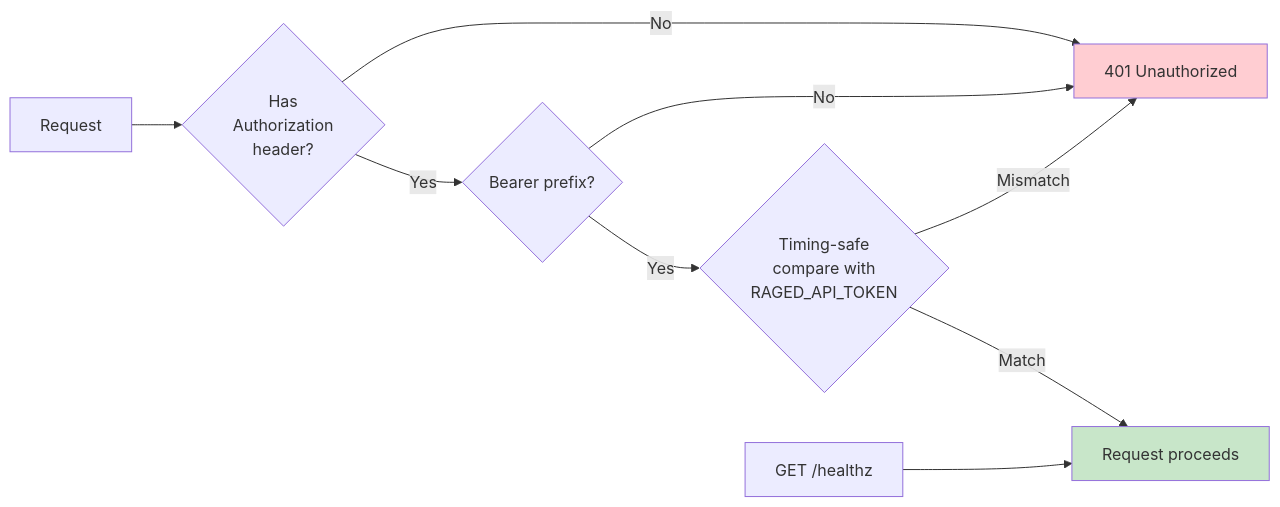
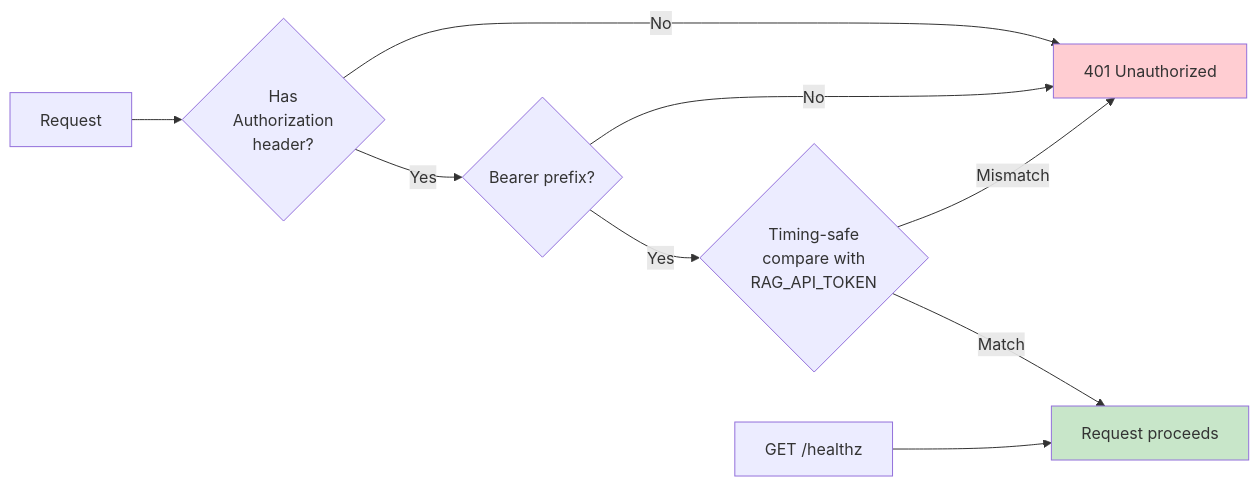
One commit to mfittko/RAGed changed the seventh of 7 diagrams in docs/01-architecture.md. Above: the diagram before and after it, drawn with Mermaid. The commit also changed other lines of this file and 3 other files, not shown here.

````diff
--- a/docs/01-architecture.md
+++ b/docs/01-architecture.md
@@ -270,15 +270,15 @@
 ```mermaid
 flowchart LR
     R[Request] --> H{Has<br/>Authorization<br/>header?}
     H -->|No| R401[401 Unauthorized]
     H -->|Yes| P{Bearer prefix?}
     P -->|No| R401
-    P -->|Yes| T{Timing-safe<br/>compare with<br/>RAGED_API_TOKEN}
+    P -->|Yes| T{Timing-safe<br/>compare with<br/>RAG_API_TOKEN}
     T -->|Mismatch| R401
     T -->|Match| OK[Request proceeds]
 
     HZ[GET /healthz] --> OK
 
     style R401 fill:#ffcdd2
     style OK fill:#c8e6c9
 ```
````
